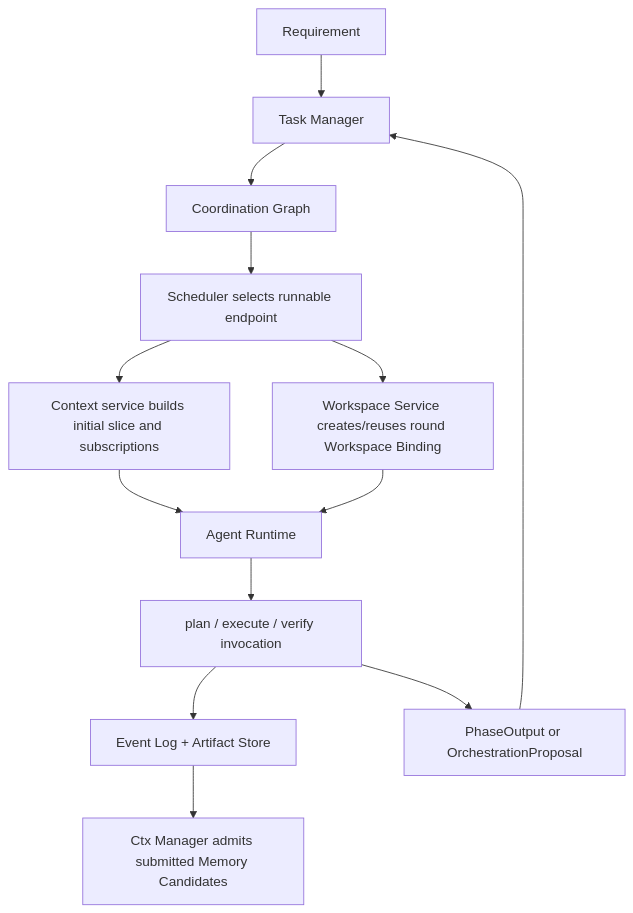
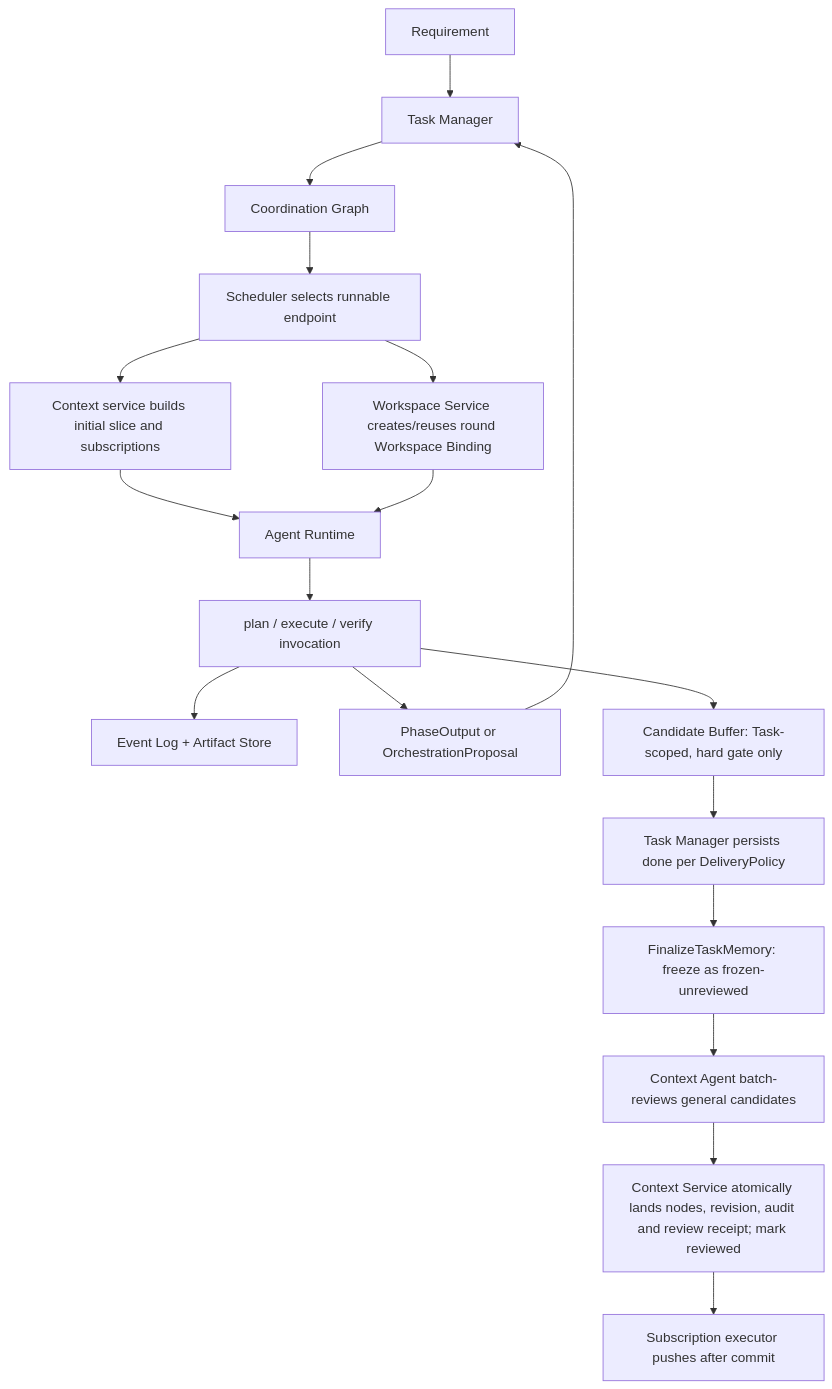
One commit to KDZZZZZZ/threadmill-AgentTeams changed the second of 3 diagrams in docs/threadmill-unified-design.md. Above: the diagram before and after it, drawn with Mermaid. The commit also changed other lines of this file and 11 other files, not shown here.

Commit message:
docs: 重构上下文图与任务记忆设计

````diff
--- a/docs/threadmill-unified-design.md
+++ b/docs/threadmill-unified-design.md
@@ -396,15 +396,20 @@
 ```mermaid
 flowchart TD
   R[Requirement] --> TM[Task Manager]
   TM --> CG[Coordination Graph]
   CG --> S[Scheduler selects runnable endpoint]
   S --> CS[Context service builds initial slice and subscriptions]
   S --> W[Workspace Service creates/reuses round Workspace Binding]
   CS --> AR[Agent Runtime]
   W --> AR
   AR --> PEV[plan / execute / verify invocation]
   PEV --> EL[Event Log + Artifact Store]
   PEV --> OUT[PhaseOutput or OrchestrationProposal]
   OUT --> TM
-  EL --> CM2[Ctx Manager admits submitted Memory Candidates]
+  PEV --> CB[Candidate Buffer: Task-scoped, hard gate only]
+  CB --> DONE[Task Manager persists done per DeliveryPolicy]
+  DONE --> FIN[FinalizeTaskMemory: freeze as frozen-unreviewed]
+  FIN --> CM2[Context Agent batch-reviews general candidates]
+  CM2 --> CSW[Context Service atomically lands nodes, revision, audit and review receipt; mark reviewed]
+  CSW --> PUSH[Subscription executor pushes after commit]
 ```
````
